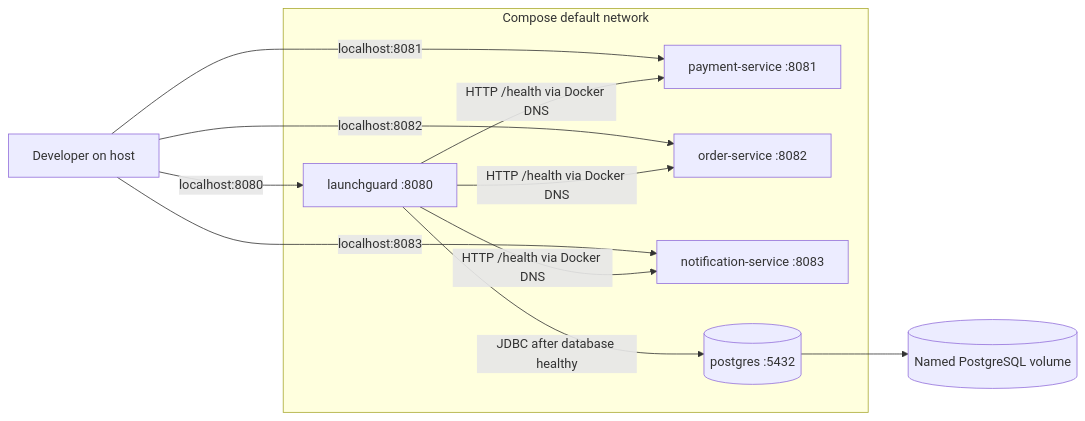
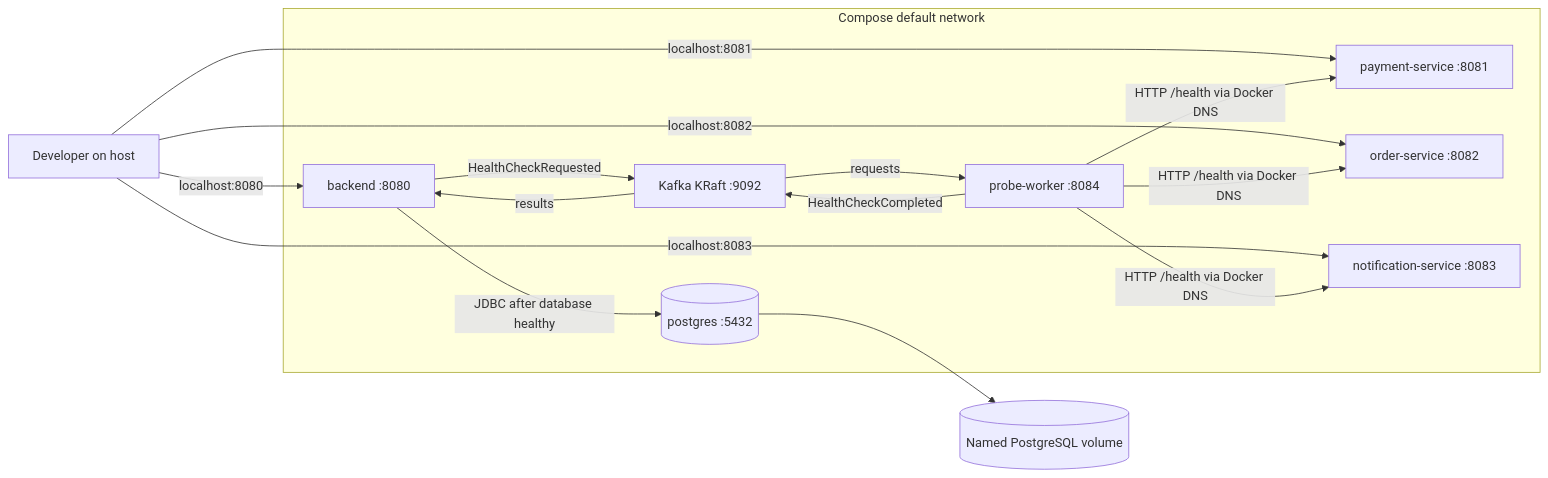
Before and after one commit to doctor277/launchguard: the first of 4 diagrams in README.md, drawn with Mermaid. The commit also changed other lines of this file and 53 other files, not shown here.

Commit message:
V0.6 event-driven health monitoring with Kafka

````diff
--- a/README.md
+++ b/README.md
@@ -58,19 +68,25 @@
 ```mermaid
 flowchart LR
     Developer[Developer on host] -->|localhost:8080| Backend
     Developer -->|localhost:8081| Payment
     Developer -->|localhost:8082| Order
     Developer -->|localhost:8083| Notification
     subgraph Compose[Compose default network]
-        Backend[launchguard :8080]
+        Backend[backend :8080]
+        Kafka[Kafka KRaft :9092]
+        Worker[probe-worker :8084]
         Payment[payment-service :8081]
         Order[order-service :8082]
         Notification[notification-service :8083]
         DB[(postgres :5432)]
-        Backend -->|HTTP /health via Docker DNS| Payment
-        Backend -->|HTTP /health via Docker DNS| Order
-        Backend -->|HTTP /health via Docker DNS| Notification
+        Backend -->|HealthCheckRequested| Kafka
+        Kafka -->|requests| Worker
+        Worker -->|HTTP /health via Docker DNS| Payment
+        Worker -->|HTTP /health via Docker DNS| Order
+        Worker -->|HTTP /health via Docker DNS| Notification
+        Worker -->|HealthCheckCompleted| Kafka
+        Kafka -->|results| Backend
         Backend -->|JDBC after database healthy| DB
     end
     DB --> Volume[(Named PostgreSQL volume)]
 ```
````
